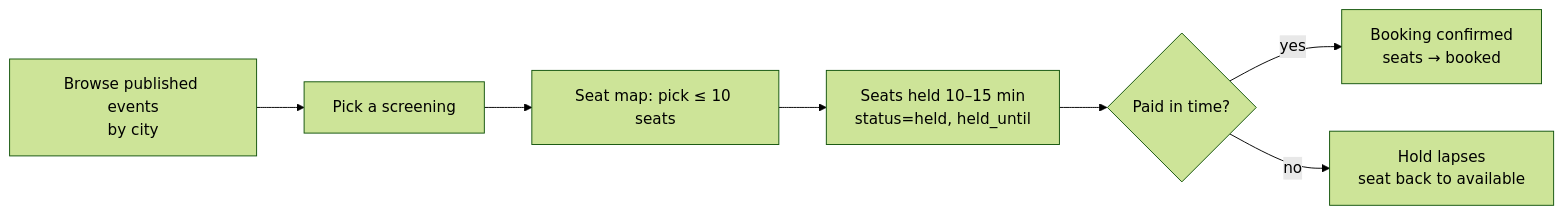
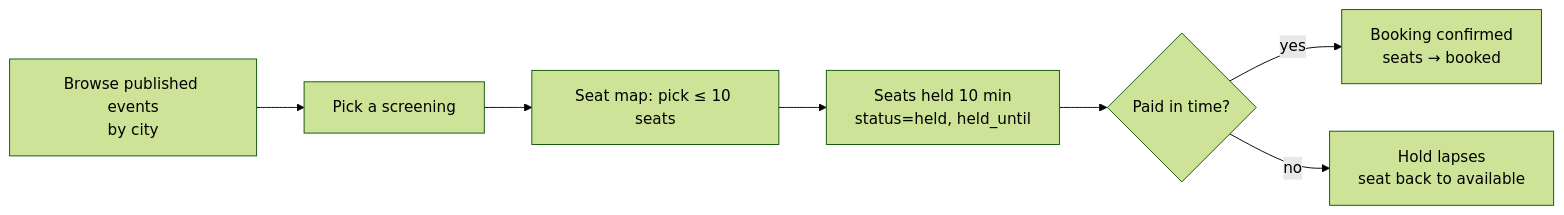
The fourth of 7 diagrams in docs/DOCUMENTATION.md (Danishmemon95/SeatEasy), drawn with Mermaid (forest theme) before and after one commit. The commit also changed other lines of this file, not shown here.

Commit message:
Update docs for the built buyer flow and the email and payment plans

````diff
--- a/docs/DOCUMENTATION.md
+++ b/docs/DOCUMENTATION.md
@@ -202,9 +205,9 @@
 ```mermaid
 flowchart LR
     A[Browse published events<br/>by city] --> B[Pick a screening]
     B --> C[Seat map: pick ≤ 10 seats]
-    C --> D[Seats held 10–15 min<br/>status=held, held_until]
+    C --> D[Seats held 10 min<br/>status=held, held_until]
     D --> E{Paid in time?}
     E -- yes --> F[Booking confirmed<br/>seats → booked]
     E -- no --> G[Hold lapses<br/>seat back to available]
 ```
````
